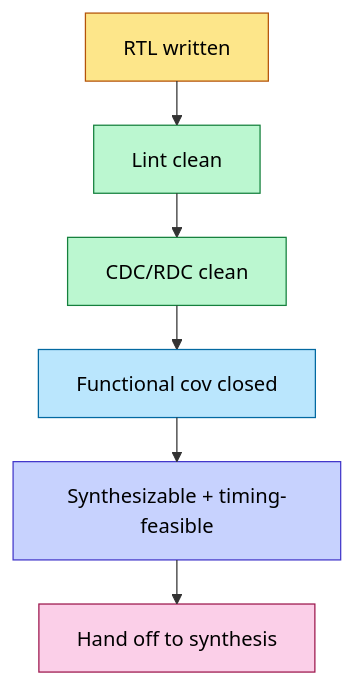
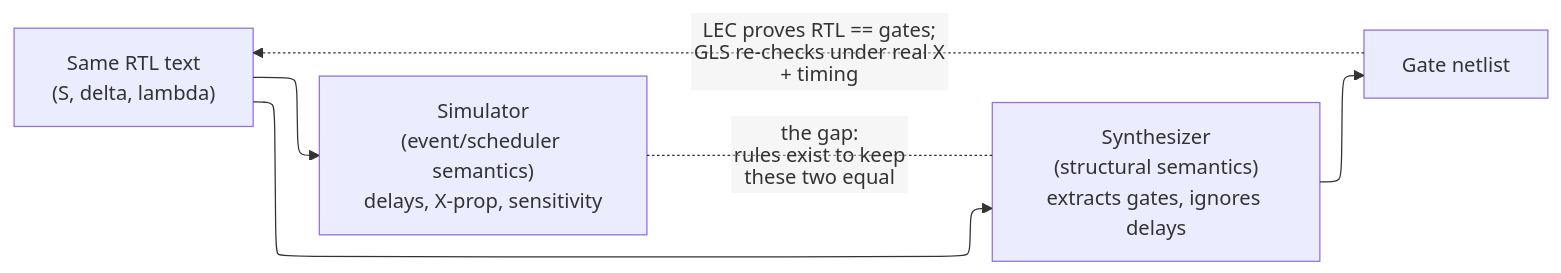
The diagram in 03_Frontend_RTL_and_Verification/01_RTL_Design_Methodology.md (Wty2003328/silicon-design-notebook), drawn with Mermaid before and after one commit. The commit also changed other lines of this file and 22 other files, not shown here.

Commit message:
Concept-first hard rework complete: all 48 architecture/design pages (trimmed signal dumps; added trade-off analysis + theoretical depth)

````diff
--- a/03_Frontend_RTL_and_Verification/01_RTL_Design_Methodology.md
+++ b/03_Frontend_RTL_and_Verification/01_RTL_Design_Methodology.md
@@ -88,10 +133,12 @@
 ```mermaid
-%%{init: {"flowchart": {"defaultRenderer": "elk", "nodeSpacing": 60, "rankSpacing": 60, "htmlLabels": false}}}%%
-flowchart TD
-    RTL["RTL written"]:::a --> L["Lint clean"]:::b --> C["CDC/RDC clean"]:::b --> SIM["Functional cov closed"]:::c --> SYN["Synthesizable + timing-feasible"]:::d --> HO["Hand off to synthesis"]:::e
-    classDef a fill:#fde68a,stroke:#b45309,color:#000
-    classDef b fill:#bbf7d0,stroke:#15803d,color:#000
-    classDef c fill:#bae6fd,stroke:#0369a1,color:#000
-    classDef d fill:#c7d2fe,stroke:#4338ca,color:#000
-    classDef e fill:#fbcfe8,stroke:#9d174d,color:#000
+%%{init: {"flowchart": {"defaultRenderer": "elk", "nodeSpacing": 55, "rankSpacing": 55, "htmlLabels": false}}}%%
+flowchart LR
+    RTL["Same RTL text\n(S, delta, lambda)"]
+    SIM["Simulator\n(event/scheduler semantics)\ndelays, X-prop, sensitivity"]
+    SYN["Synthesizer\n(structural semantics)\nextracts gates, ignores delays"]
+    GATE["Gate netlist"]
+    RTL --> SIM
+    RTL --> SYN --> GATE
+    SIM -. "the gap:\nrules exist to keep\nthese two equal" .- SYN
+    GATE -. "LEC proves RTL == gates;\nGLS re-checks under real X + timing" .-> RTL
 ```
````
